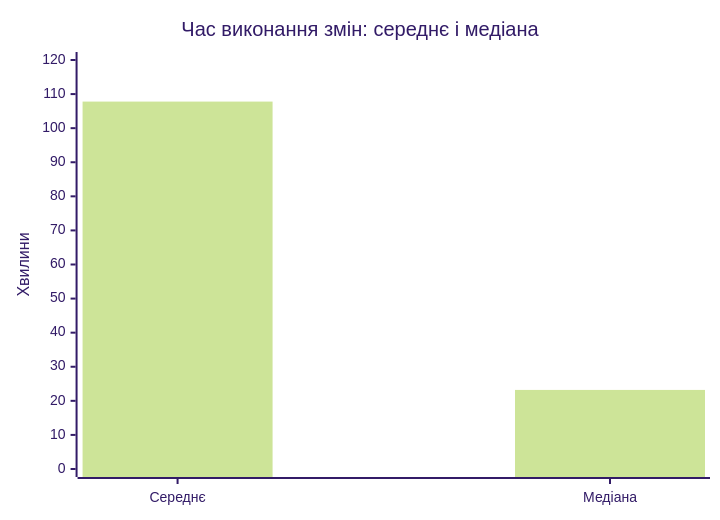
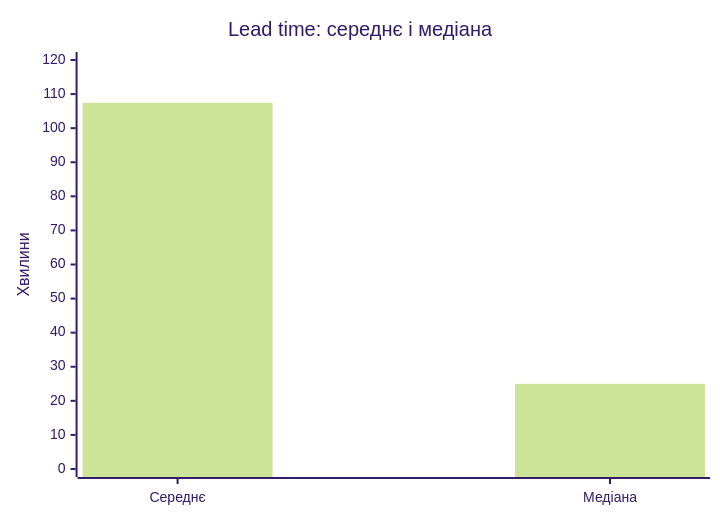
One commit to ukma-fin-ssdm-2026/Monkey-Business-project changed the second of 3 diagrams in docs/ci-cd/dora-summary.md. Above: the diagram before and after it, drawn with Mermaid (forest theme). The commit also changed other lines of this file and 3 other files, not shown here.

````diff
--- a/docs/ci-cd/dora-summary.md
+++ b/docs/ci-cd/dora-summary.md
@@ -146,7 +97,7 @@
 ```mermaid
 xychart-beta
-    title "Час виконання змін: середнє і медіана"
+    title "Lead time: середнє і медіана"
     x-axis ["Середнє", "Медіана"]
     y-axis "Хвилини" 0 --> 120
-    bar [107.8, 23.2]
+    bar [107.44, 24.97]
 ```
````
